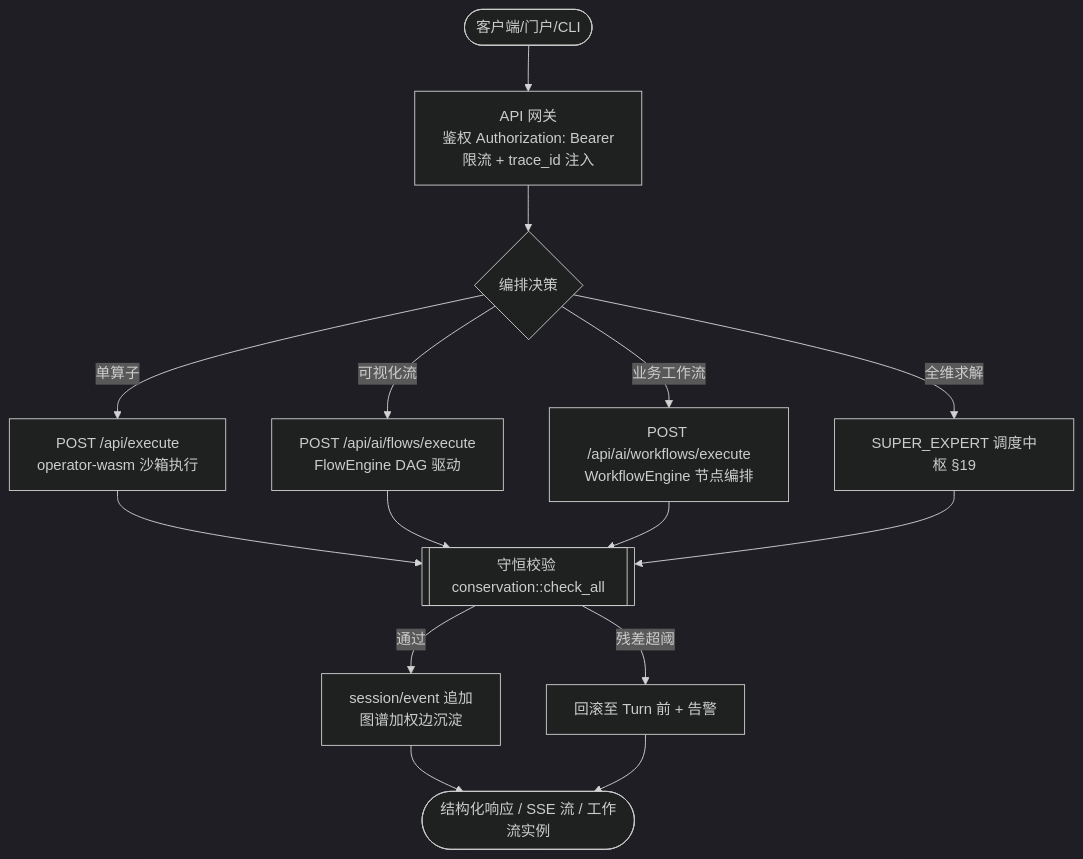
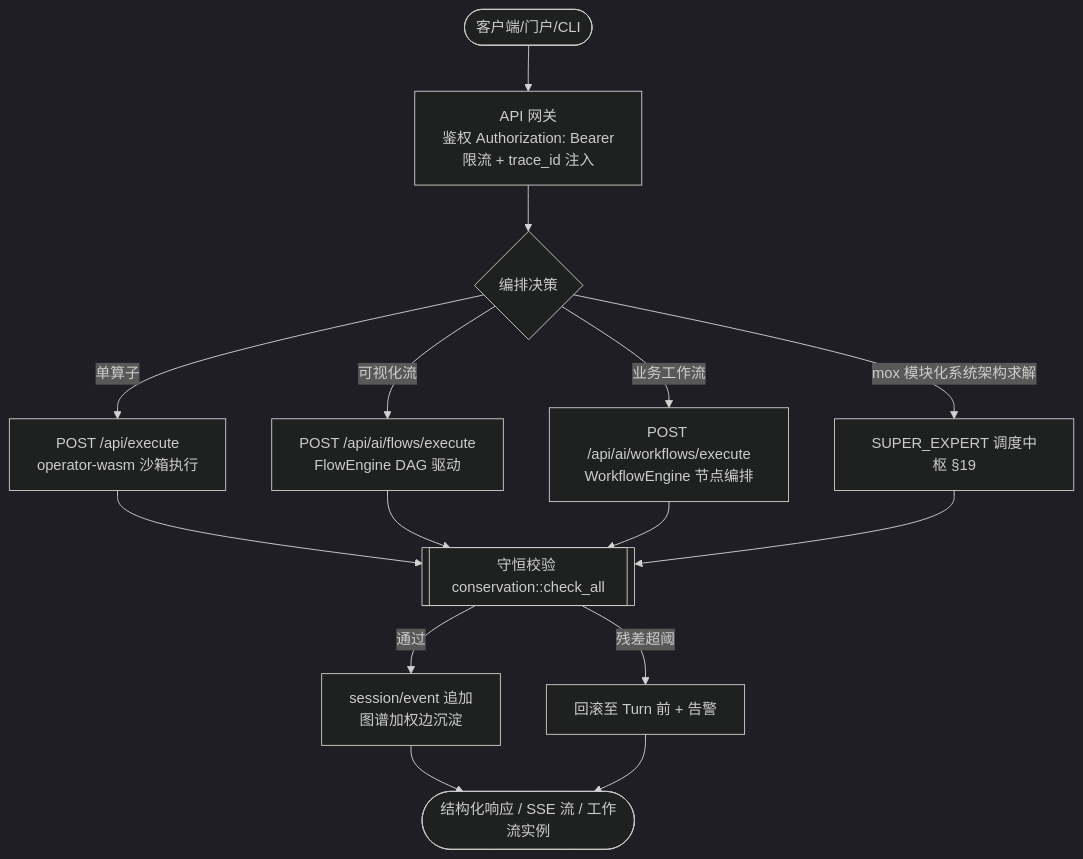
One commit to aikjx/mox changed the second of 16 diagrams in docs/modules/business-process-flowcharts.md. Above: the diagram before and after it, drawn with Mermaid (dark theme). The commit also changed other lines of this file and 608 other files, not shown here.

````diff
--- a/docs/modules/business-process-flowcharts.md
+++ b/docs/modules/business-process-flowcharts.md
@@ -55,17 +55,17 @@
 ```mermaid
 flowchart TD
     A([客户端/门户/CLI]) --> B[API 网关\n鉴权 Authorization: Bearer\n限流 + trace_id 注入]
     B --> C{编排决策}
     C -->|单算子| D[POST /api/execute\noperator-wasm 沙箱执行]
     C -->|可视化流| E[POST /api/ai/flows/execute\nFlowEngine DAG 驱动]
     C -->|业务工作流| F[POST /api/ai/workflows/execute\nWorkflowEngine 节点编排]
-    C -->|全维求解| G[SUPER_EXPERT 调度中枢 §19]
+    C -->|mox 模块化系统架构求解| G[SUPER_EXPERT 调度中枢 §19]
     D --> H[[守恒校验 conservation::check_all]]
     E --> H
     F --> H
     G --> H
     H -->|通过| I[session/event 追加\n图谱加权边沉淀]
     H -->|残差超阈| J[回滚至 Turn 前 + 告警]
     I --> K([结构化响应 / SSE 流 / 工作流实例])
     J --> K
 ```
````
